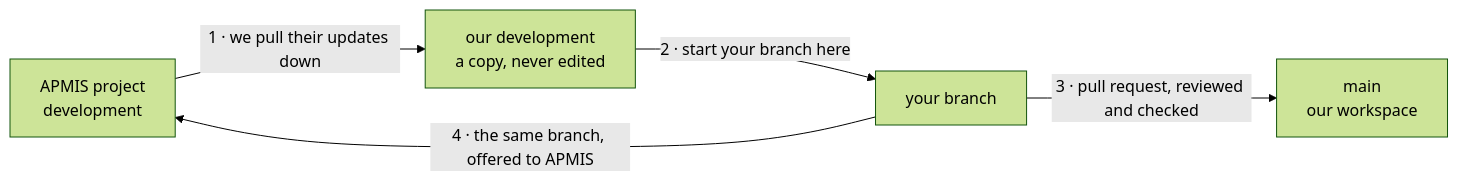
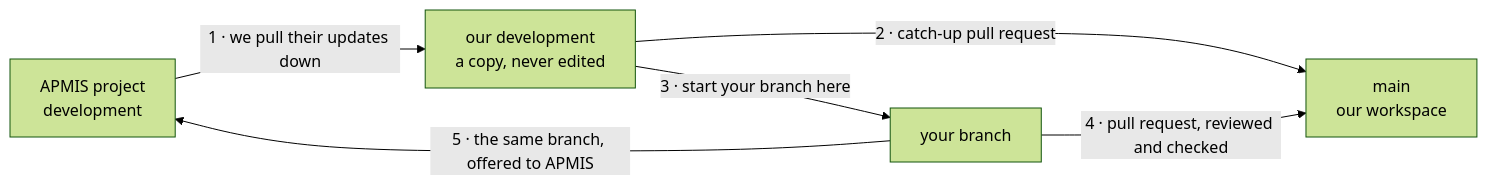
One commit to Iyanuu/APMIS-Project changed the diagram in README.md. Above: the diagram before and after it, drawn with Mermaid (forest theme). The commit also changed other lines of this file and 1 other file, not shown here.

First line of the commit message:
docs: add the catch-up pull request for upstream changes

````diff
--- a/README.md
+++ b/README.md
@@ -26,12 +26,13 @@
 ```mermaid
 flowchart LR
     U["APMIS project<br/>development"]
     D["our development<br/>a copy, never edited"]
     F["your branch"]
     M["main<br/>our workspace"]
 
     U -->|"1 · we pull their updates down"| D
-    D -->|"2 · start your branch here"| F
-    F -->|"3 · pull request, reviewed and checked"| M
-    F -->|"4 · the same branch, offered to APMIS"| U
+    D -->|"2 · catch-up pull request"| M
+    D -->|"3 · start your branch here"| F
+    F -->|"4 · pull request, reviewed and checked"| M
+    F -->|"5 · the same branch, offered to APMIS"| U
 ```
````
